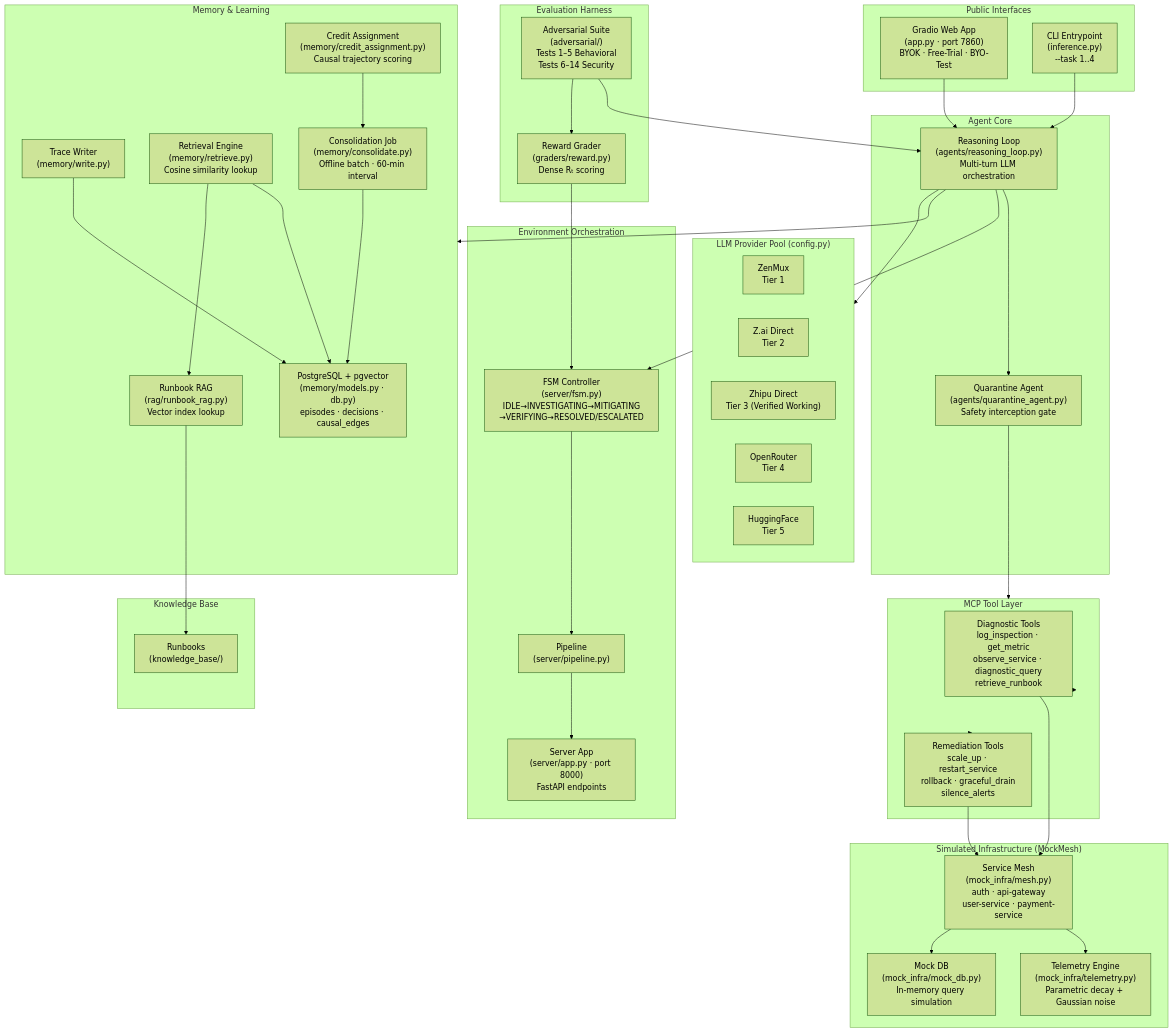
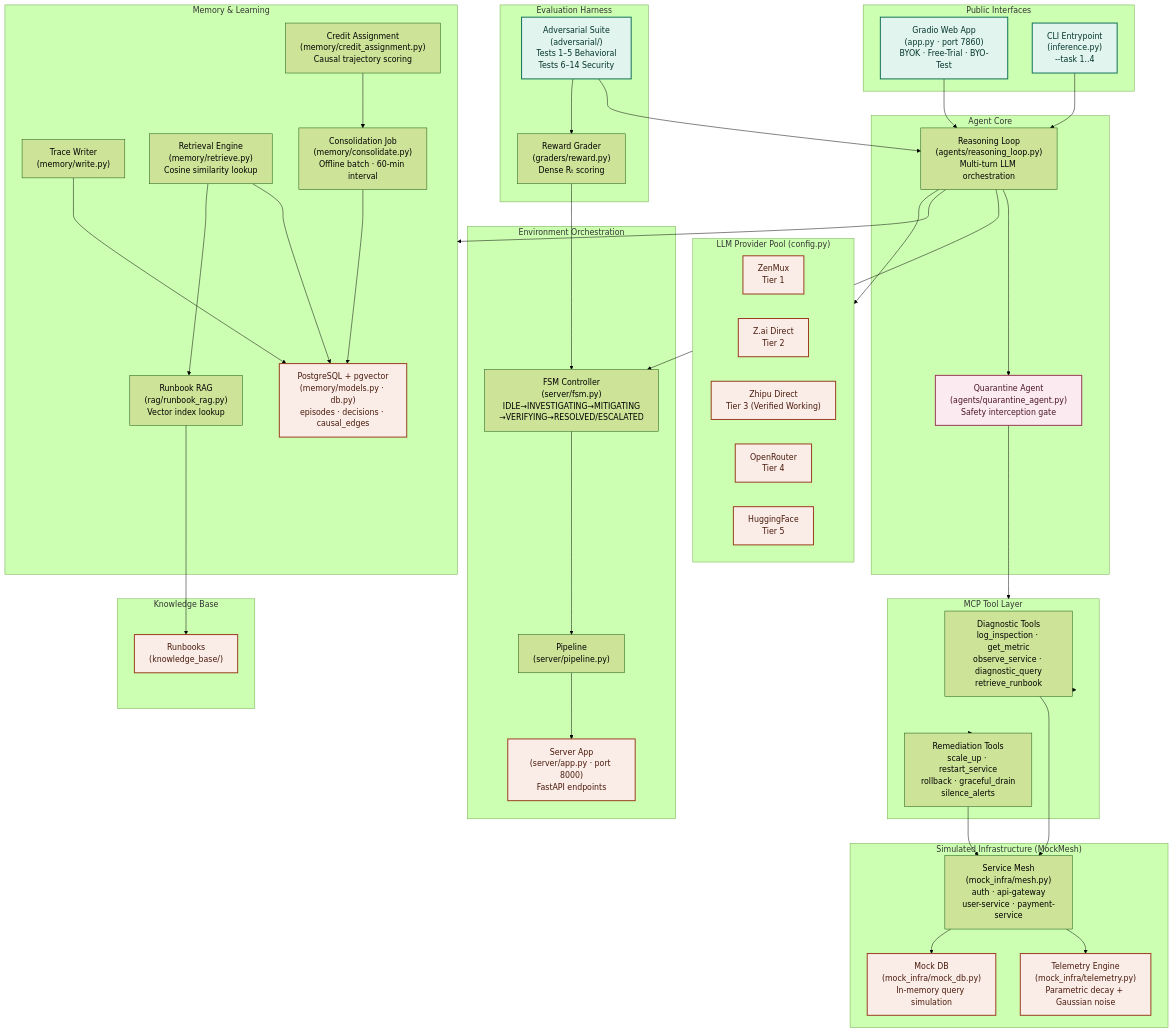
Before and after one commit to Pranjal1342/Agentic_SRE: the first of 10 diagrams in README.md, drawn with Mermaid (forest theme).

Commit message:
Updated system architecture to README

````diff
--- a/README.md
+++ b/README.md
@@ -29,84 +29,117 @@
 ```mermaid
+%% ============================================================
+%% AGENTIC SRE — HIGH-LEVEL ARCHITECTURE
+%% Flow reads top -> bottom: entry points feed the Agent Core,
+%% which fans out to execution, orchestration, memory, and the
+%% LLM provider pool. Green = entry point. Orange = terminal node.
+%% ============================================================
 graph TB
-    subgraph PUBLIC["Public Interfaces"]
-        GR["Gradio Web App\n(app.py · port 7860)\nBYOK · Free-Trial · BYO-Test"]
-        CLI["CLI Entrypoint\n(inference.py)\n--task 1..4"]
-    end
 
-    subgraph EVAL["Evaluation Harness"]
-        ADV["Adversarial Suite\n(adversarial/)\nTests 1–5 Behavioral\nTests 6–14 Security"]
-        GRADE["Reward Grader\n(graders/reward.py)\nDense Rₜ scoring"]
-    end
+  %% ---------- 1. ENTRY POINTS ----------
+  subgraph PUBLIC["Public Interfaces"]
+    GR["Gradio Web App\n(app.py · port 7860)\nBYOK · Free-Trial · BYO-Test"]
+    CLI["CLI Entrypoint\n(inference.py)\n--task 1..4"]
+  end
 
-    subgraph AGENT["Agent Core"]
-        RL["Reasoning Loop\n(agents/reasoning_loop.py)\nMulti-turn LLM orchestration"]
-        QA["Quarantine Agent\n(agents/quarantine_agent.py)\nSafety interception gate"]
-    end
+  subgraph EVAL["Evaluation Harness"]
+    ADV["Adversarial Suite\n(adversarial/)\nTests 1–5 Behavioral\nTests 6–14 Security"]
+    GRADE["Reward Grader\n(graders/reward.py)\nDense Rₜ scoring"]
+  end
 
-    subgraph INFRA["Simulated Infrastructure (MockMesh)"]
-        MESH["Service Mesh\n(mock_infra/mesh.py)\nauth · api-gateway\nuser-service · payment-service"]
-        TEL["Telemetry Engine\n(mock_infra/telemetry.py)\nParametric decay + Gaussian noise"]
-        MDBK["Mock DB\n(mock_infra/mock_db.py)\nIn-memory query simulation"]
-    end
+  %% ---------- 2. AGENT CORE (central hub) ----------
+  subgraph AGENT["Agent Core"]
+    RL["Reasoning Loop\n(agents/reasoning_loop.py)\nMulti-turn LLM orchestration"]
+    QA["Quarantine Agent\n(agents/quarantine_agent.py)\nSafety interception gate"]
+  end
 
-    subgraph TOOLS["MCP Tool Layer"]
-        DIAG["Diagnostic Tools\nlog_inspection · get_metric\nobserve_service · diagnostic_query\nretrieve_runbook"]
-        REM["Remediation Tools\nscale_up · restart_service\nrollback · graceful_drain\nsilence_alerts"]
-    end
+  %% ---------- 3. EXECUTION BRANCH ----------
+  subgraph TOOLS["MCP Tool Layer"]
+    DIAG["Diagnostic Tools\nlog_inspection · get_metric\nobserve_service · diagnostic_query\nretrieve_runbook"]
+    REM["Remediation Tools\nscale_up · restart_service\nrollback · graceful_drain\nsilence_alerts"]
+  end
 
-    subgraph ENV["Environment Orchestration"]
-        FSM["FSM Controller\n(server/fsm.py)\nIDLE→INVESTIGATING→MITIGATING\n→VERIFYING→RESOLVED/ESCALATED"]
-        PIPE["Pipeline\n(server/pipeline.py)"]
-        SAPP["Server App\n(server/app.py · port 8000)\nFastAPI endpoints"]
-    end
+  subgraph INFRA["Simulated Infrastructure (MockMesh)"]
+    MESH["Service Mesh\n(mock_infra/mesh.py)\nauth · api-gateway\nuser-service · payment-service"]
+    TEL["Telemetry Engine\n(mock_infra/telemetry.py)\nParametric decay + Gaussian noise"]
+    MDBK["Mock DB\n(mock_infra/mock_db.py)\nIn-memory query simulation"]
+  end
 
-    subgraph MEM["Memory & Learning"]
-        DB["PostgreSQL + pgvector\n(memory/models.py · db.py)\nepisodes · decisions · causal_edges"]
-        WRITE["Trace Writer\n(memory/write.py)"]
-        RETR["Retrieval Engine\n(memory/retrieve.py)\nCosine similarity lookup"]
-        CONS["Consolidation Job\n(memory/consolidate.py)\nOffline batch · 60-min interval"]
-        CRED["Credit Assignment\n(memory/credit_assignment.py)\nCausal trajectory scoring"]
-        RAG["Runbook RAG\n(rag/runbook_rag.py)\nVector index lookup"]
-    end
+  %% ---------- 4. ORCHESTRATION BRANCH ----------
+  subgraph ENV["Environment Orchestration"]
+    FSM["FSM Controller\n(server/fsm.py)\nIDLE→INVESTIGATING→MITIGATING\n→VERIFYING→RESOLVED/ESCALATED"]
+    PIPE["Pipeline\n(server/pipeline.py)"]
+    SAPP["Server App\n(server/app.py · port 8000)\nFastAPI endpoints"]
+  end
 
-    subgraph PROV["LLM Provider Pool (config.py)"]
-        P1["ZenMux\nTier 1"]
-        P2["Z.ai Direct\nTier 2"]
-        P3["Zhipu Direct\nTier 3 (Verified Working)"]
-        P4["OpenRouter\nTier 4"]
-        P5["HuggingFace\nTier 5"]
-    end
+  %% ---------- 5. MEMORY BRANCH ----------
+  subgraph MEM["Memory & Learning"]
+    DB["PostgreSQL + pgvector\n(memory/models.py · db.py)\nepisodes · decisions · causal_edges"]
+    WRITE["Trace Writer\n(memory/write.py)"]
+    RETR["Retrieval Engine\n(memory/retrieve.py)\nCosine similarity lookup"]
+    CONS["Consolidation Job\n(memory/consolidate.py)\nOffline batch · 60-min interval"]
+    CRED["Credit Assignment\n(memory/credit_assignment.py)\nCausal trajectory scoring"]
+    RAG["Runbook RAG\n(rag/runbook_rag.py)\nVector index lookup"]
+  end
 
-    subgraph KB["Knowledge Base"]
-        RB["Runbooks\n(knowledge_base/)"]
-    end
+  subgraph KB["Knowledge Base"]
+    RB["Runbooks\n(knowledge_base/)"]
+  end
 
-    GR --> RL
-    CLI --> RL
-    ADV --> RL
-    ADV --> GRADE
+  %% ---------- 6. PROVIDER BRANCH ----------
+  subgraph PROV["LLM Provider Pool (config.py)"]
+    P1["ZenMux\nTier 1"]
+    P2["Z.ai Direct\nTier 2"]
+    P3["Zhipu Direct\nTier 3 (Verified Working)"]
+    P4["OpenRouter\nTier 4"]
+    P5["HuggingFace\nTier 5"]
+  end
 
-    RL --> QA
-    QA --> TOOLS
-    TOOLS --> DIAG
-    TOOLS --> REM
-    DIAG --> MESH
-    REM --> MESH
-    MESH --> TEL
-    MESH --> MDBK
+  %% ============================================================
+  %% EDGES — grouped by branch, same relationships as original
+  %% ============================================================
 
-    RL --> FSM
-    FSM --> PIPE
-    PIPE --> SAPP
+  %% Entry -> Agent Core
+  GR --> RL
+  CLI --> RL
+  ADV --> RL
+  ADV --> GRADE
 
-    RL --> MEM
-    WRITE --> DB
-    RETR --> DB
-    CONS --> DB
-    CRED --> CONS
-    RAG --> RB
-    RETR --> RAG
+  %% Agent Core -> Safety Gate -> Execution -> Infra
+  RL --> QA
+  QA --> TOOLS
+  TOOLS --> DIAG
+  TOOLS --> REM
+  DIAG --> MESH
+  REM --> MESH
+  MESH --> TEL
+  MESH --> MDBK
 
-    RL --> PROV
-    GRADE --> FSM
+  %% Agent Core -> Orchestration
+  RL --> FSM
+  FSM --> PIPE
+  PIPE --> SAPP
+  GRADE --> FSM
+
+  %% Agent Core -> Memory -> Knowledge Base
+  RL --> MEM
+  WRITE --> DB
+  RETR --> DB
+  CONS --> DB
+  CRED --> CONS
+  RAG --> RB
+  RETR --> RAG
+
+  %% Agent Core -> Provider Pool
+  RL --> PROV
+
+  %% ============================================================
+  %% STYLING — entry points vs terminal (end-of-flow) nodes
+  %% ============================================================
+  classDef entry fill:#e1f5ee,stroke:#0f6e56,color:#04342c,stroke-width:2px;
+  classDef gate fill:#fbeaf0,stroke:#993556,color:#4b1528,stroke-width:2px;
+  classDef terminal fill:#faece7,stroke:#993c1d,color:#4a1b0c,stroke-width:2px;
+
+  class GR,CLI,ADV entry
+  class QA gate
+  class TEL,MDBK,SAPP,DB,RB,P1,P2,P3,P4,P5 terminal
 ```
````
